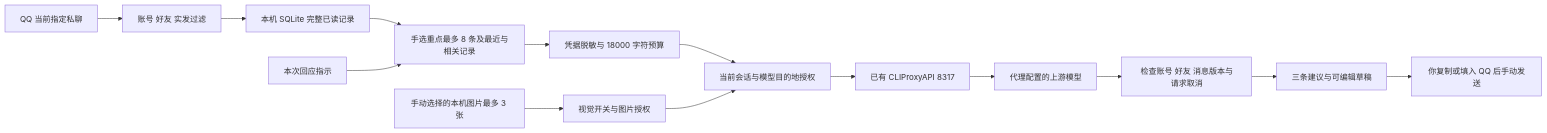
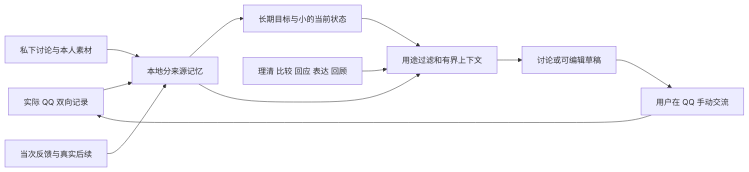
The diagram in docs/context-management_CN.md (zhkzly/qq-chat-assistant), drawn with Mermaid before and after one commit. The commit also changed other lines of this file and 24 other files, not shown here.

````diff
--- a/docs/context-management_CN.md
+++ b/docs/context-management_CN.md
@@ -5,16 +15,13 @@
 ```mermaid
 flowchart LR
-  QQ[QQ 当前指定私聊] --> Filter[账号 好友 实发过滤]
-  Filter --> DB[本机 SQLite 完整已读记录]
-  DB --> Select[手选重点最多 8 条及最近与相关记录]
-  Select --> Redact[凭据脱敏与 18000 字符预算]
-  Goal[本次回应指示] --> Select
-  Redact --> Consent[当前会话与模型目的地授权]
-  Picture[手动选择的本机图片最多 3 张] --> ImageConsent[视觉开关与图片授权]
-  ImageConsent --> Consent
-  Consent --> Proxy[已有 CLIProxyAPI 8317]
-  Proxy --> Upstream[代理配置的上游模型]
-  Upstream --> Check[检查账号 好友 消息版本与请求取消]
-  Check --> Suggestions[三条建议与可编辑草稿]
-  Suggestions --> Human[你复制或填入 QQ 后手动发送]
+  QQ[实际 QQ 双向记录] --> M[本地分来源记忆]
+  U[私下讨论与本人素材] --> M
+  M --> S[长期目标与小的当前状态]
+  M --> C[用途过滤和有界上下文]
+  S --> C
+  H[理清 比较 回应 表达 回顾] --> C
+  C --> A[讨论或可编辑草稿]
+  A --> Human[用户在 QQ 手动交流]
+  Human --> QQ
+  F[当次反馈与真实后续] --> M
 ```
````
